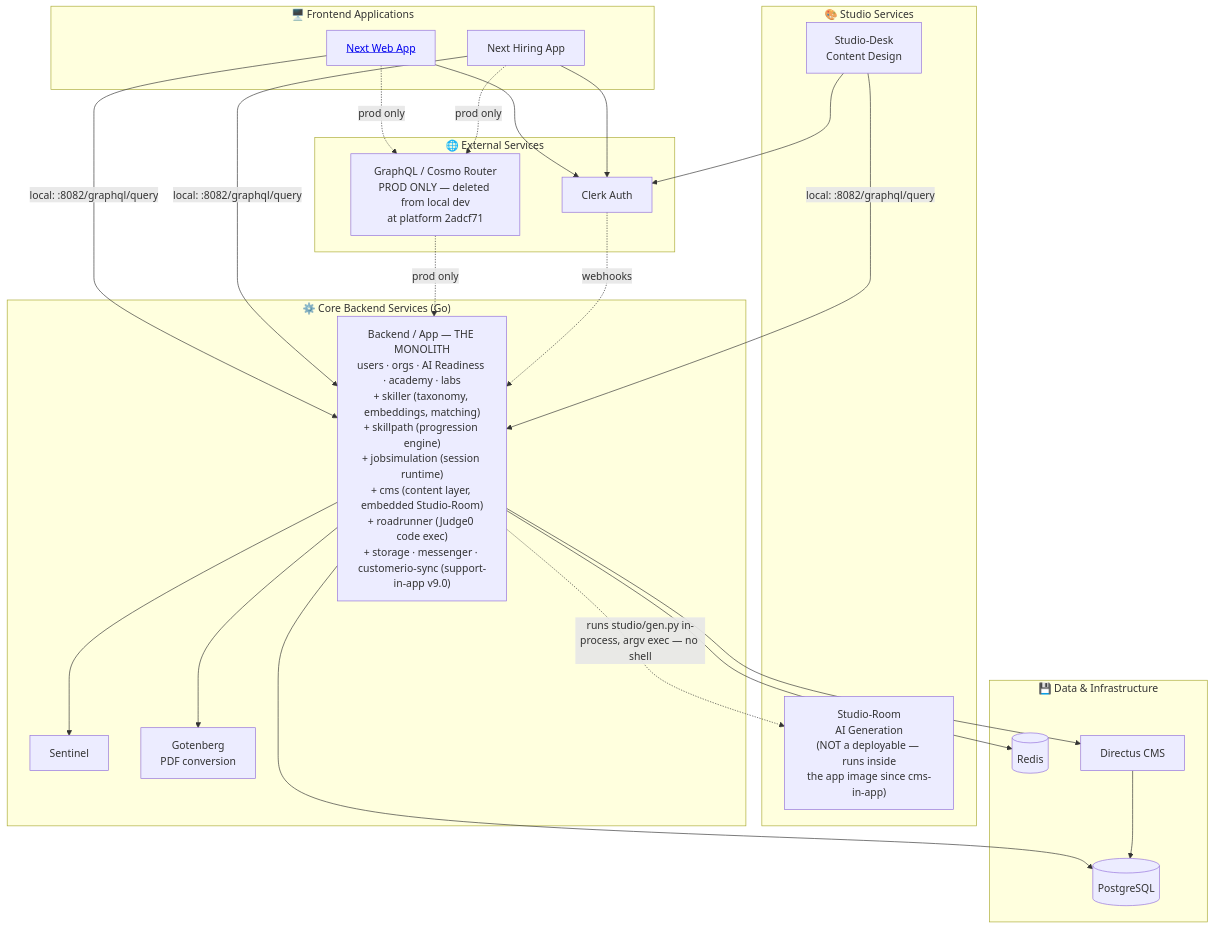
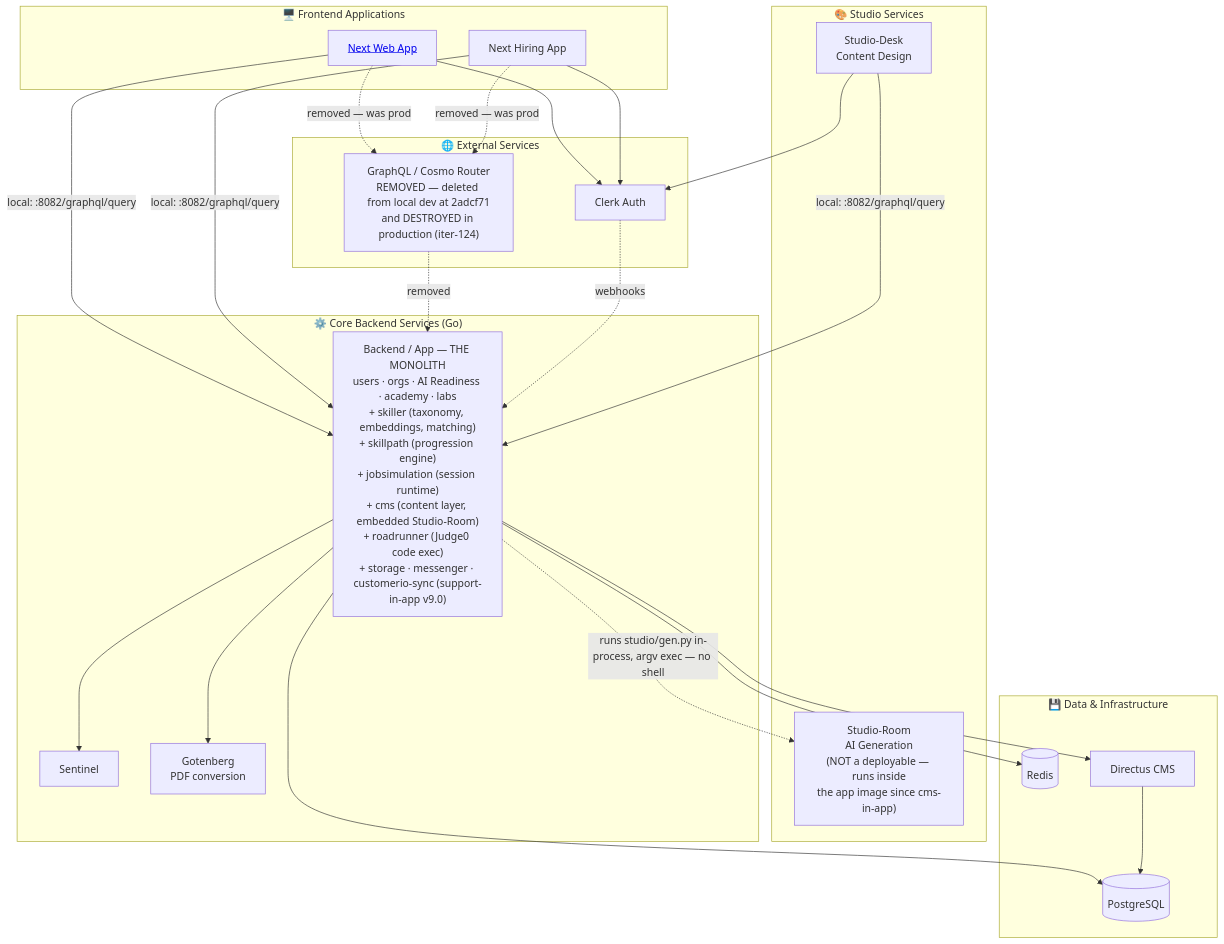
One commit to anthropos-work/rosetta changed the diagram in corpus/architecture/architecture_overview.md. Above: the diagram before and after it, drawn with Mermaid. The commit also changed other lines of this file and 15 other files, not shown here.

````diff
--- a/corpus/architecture/architecture_overview.md
+++ b/corpus/architecture/architecture_overview.md
@@ -85,63 +88,65 @@
 ```mermaid
 graph TD
     subgraph External["🌐 External Services"]
         Clerk[Clerk Auth]
-        GraphQL["GraphQL / Cosmo Router<br/>PROD ONLY — deleted from local dev<br/>at platform 2adcf71"]
+        GraphQL["GraphQL / Cosmo Router<br/>REMOVED — deleted from local dev at 2adcf71<br/>and DESTROYED in production (iter-124)"]
     end
     
     subgraph Frontend["🖥️ Frontend Applications"]
         Web[<a href='./frontend_architecture.md'>Next Web App</a>]
         Hiring[Next Hiring App]
     end
     
     subgraph Studio["🎨 Studio Services"]
         Desk[Studio-Desk<br/>Content Design]
         Room["Studio-Room<br/>AI Generation<br/>(NOT a deployable — runs inside<br/>the app image since cms-in-app)"]
     end
 
     subgraph Core["⚙️ Core Backend Services (Go)"]
         Gateway["Backend / App — THE MONOLITH<br/>users · orgs · AI Readiness · academy · labs<br/>+ skiller (taxonomy, embeddings, matching)<br/>+ skillpath (progression engine)<br/>+ jobsimulation (session runtime)<br/>+ cms (content layer, embedded Studio-Room)<br/>+ roadrunner (Judge0 code exec)<br/>+ storage · messenger · customerio-sync (support-in-app v9.0)"]
         Sentinel[Sentinel]
         Gotenberg[Gotenberg<br/>PDF conversion]
         %% Storage and Messenger had nodes here until 838d907 (merged 0c91421, 2026-08-05)
         %% deleted the storage, messenger and customerio-sync compose services and their
         %% storage-legacy / messenger / customerio-sync profiles. They are domains in Gateway now.
     end
 
     subgraph Data["💾 Data & Infrastructure"]
         Postgres[(PostgreSQL)]
         Redis[(Redis)]
         Directus[Directus CMS]
     end
     
     %% Frontend connections
     Web --> Clerk
     Hiring --> Clerk
-    Web -.->|prod only| GraphQL
-    Hiring -.->|prod only| GraphQL
+    Web -.->|removed — was prod| GraphQL
+    Hiring -.->|removed — was prod| GraphQL
     Web -->|local: :8082/graphql/query| Gateway
     Hiring -->|local: :8082/graphql/query| Gateway
     
     %% Studio connections
     Desk --> Clerk
     Desk -->|local: :8082/graphql/query| Gateway
     Gateway -.->|runs studio/gen.py in-process, argv exec — no shell| Room
     
-    %% Router aggregation — PROD ONLY. ONE subgraph: backend. 915da06 deleted the cms AND jobsimulation
-    %% entries in one commit (a 3 → 1 step) — the jobsimulation subgraph outlived jobsim-in-app.
-    %% Locally there is no router at all: the frontends and studio-desk hit Gateway directly (edges above).
-    GraphQL -.->|prod only| Gateway
+    %% Router aggregation — HISTORICAL. The router is gone in BOTH states as of iter-124: deleted from
+    %% local dev at 2adcf71, and module.wundergraph_euwest1 destroyed in infrastructure @ `13c248e6`,
+    %% terraform/production/services.tf:509-517.
+    %% ONE subgraph: backend. 915da06 deleted the cms AND jobsimulation entries in one commit (a 3 → 1 step).
+    %% Everywhere now, the frontends and studio-desk hit Gateway directly (edges above).
+    GraphQL -.->|removed| Gateway
 
     %% Core service dependencies
     Gateway --> Sentinel
     Gateway --> Gotenberg
     Gateway --> Directus
 
     %% Data connections
     Gateway --> Postgres
     Gateway --> Redis
     Directus --> Postgres
     
     %% Clerk integration
     Clerk -.->|webhooks| Gateway
 ```
````
